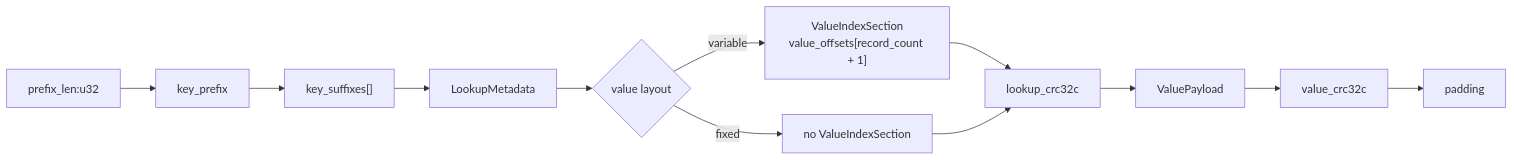
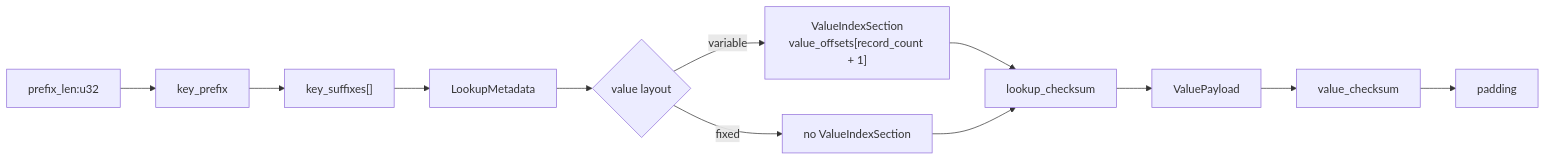
Before and after one commit to wangl-cc/evo-ssa-tools: the fourth of 7 diagrams in crates/segment-cache-store/docs/design.md, drawn with Mermaid. The commit also changed other lines of this file and 26 other files, not shown here.

````diff
--- a/crates/segment-cache-store/docs/design.md
+++ b/crates/segment-cache-store/docs/design.md
@@ -353,14 +354,14 @@
 ```mermaid
 flowchart LR
   PrefixLen["prefix_len:u32"] --> Prefix["key_prefix"]
   Prefix --> Suffixes["key_suffixes[]"]
   Suffixes --> Metadata["LookupMetadata"]
   Metadata --> Layout{"value layout"}
   Layout -->|variable| Offsets["ValueIndexSection<br/>value_offsets[record_count + 1]"]
   Layout -->|fixed| NoOffsets["no ValueIndexSection"]
-  Offsets --> LookupCrc["lookup_crc32c"]
-  NoOffsets --> LookupCrc
-  LookupCrc --> Payload["ValuePayload"]
-  Payload --> ValueCrc["value_crc32c"]
-  ValueCrc --> Padding["padding"]
+  Offsets --> LookupChecksum["lookup_checksum"]
+  NoOffsets --> LookupChecksum
+  LookupChecksum --> Payload["ValuePayload"]
+  Payload --> ValueChecksum["value_checksum"]
+  ValueChecksum --> Padding["padding"]
 ```
````
